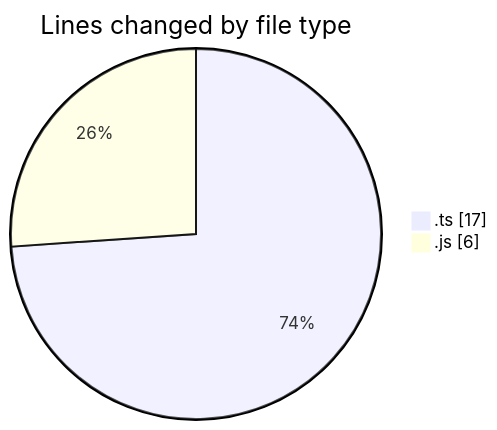
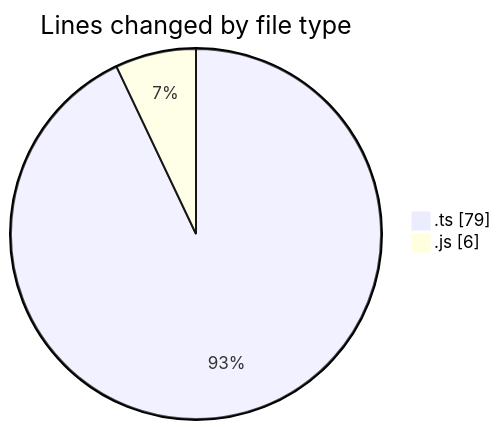
Before and after one commit to Ritupan-Deka/code-tracking: the first of 2 diagrams in 2025-10-18/typescript/README.md, drawn with Mermaid. The commit also changed other lines of this file and 1 other file, not shown here.

````diff
--- a/2025-10-18/typescript/README.md
+++ b/2025-10-18/typescript/README.md
@@ -21,6 +21,6 @@
 ```mermaid
 pie showData
 title Lines changed by file type
-".ts" : 17
+".ts" : 79
 ".js" : 6
 ```
````
